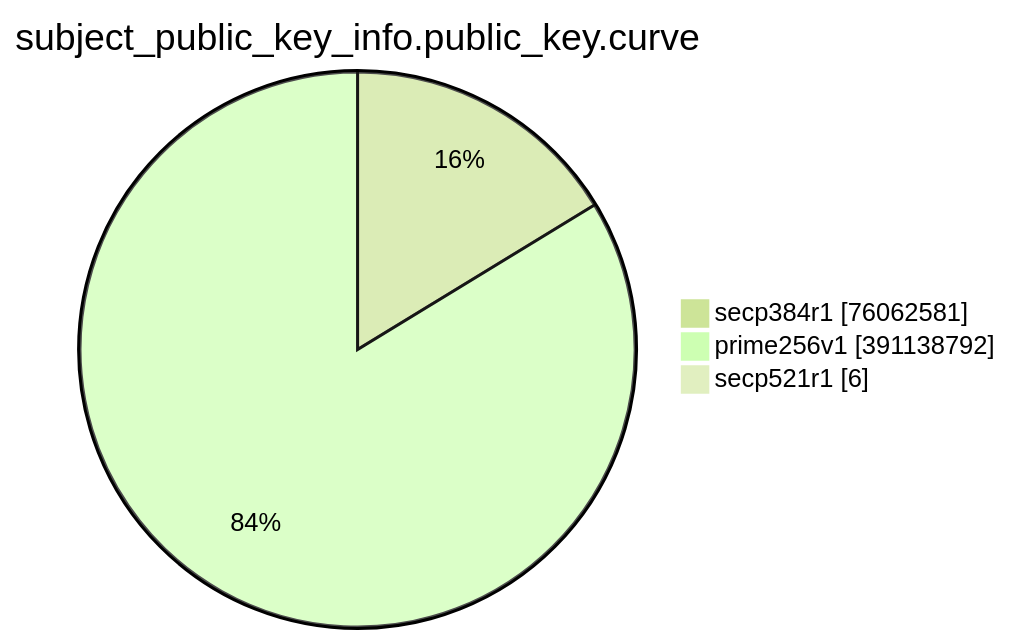
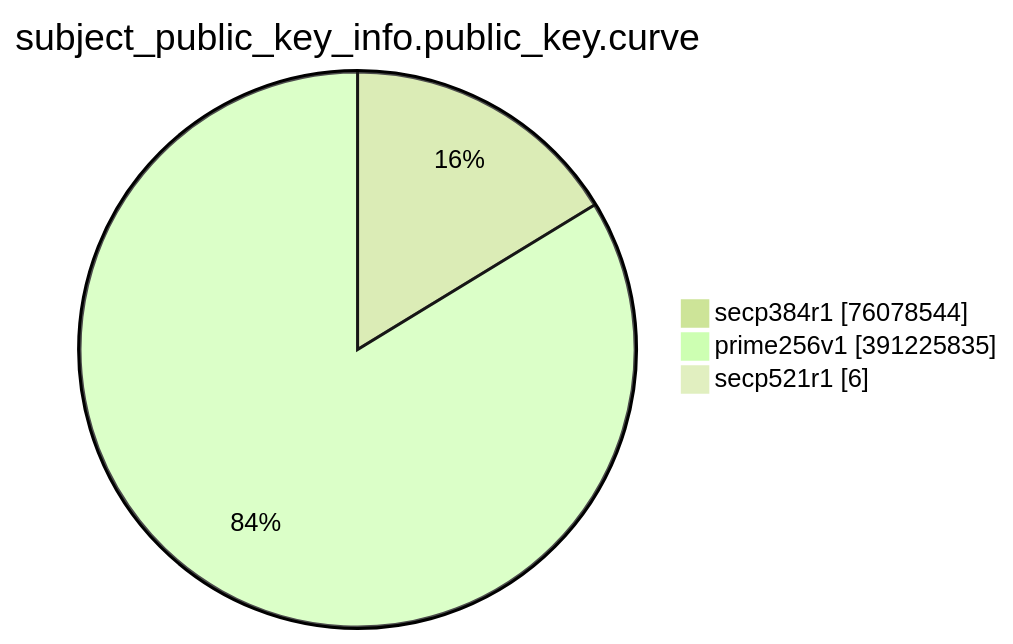
One commit to christiankrug/ctmonitor_visualization changed the eighth of 15 diagrams in TOTAL/README.md. Above: the diagram before and after it, drawn with Mermaid (forest theme). The commit also changed other lines of this file, not shown here.

````diff
--- a/TOTAL/README.md
+++ b/TOTAL/README.md
@@ -3094,7 +3094,7 @@
 ```mermaid
 pie showData
 title subject_public_key_info.public_key.curve
-"secp384r1" :76062581
-"prime256v1" :391138792
+"secp384r1" :76078544
+"prime256v1" :391225835
 "secp521r1" :6
 ```
````
